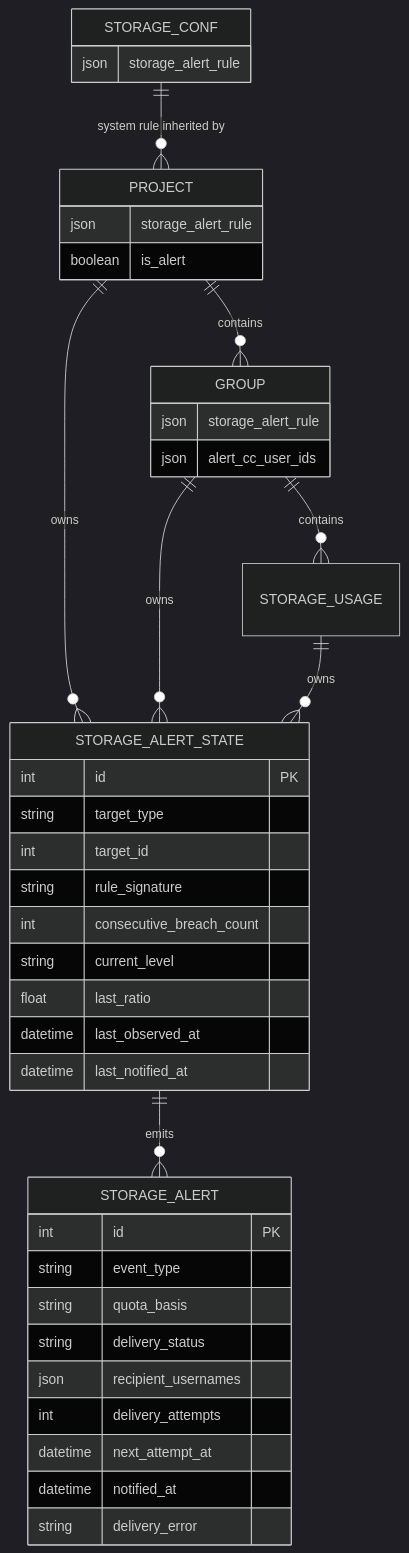
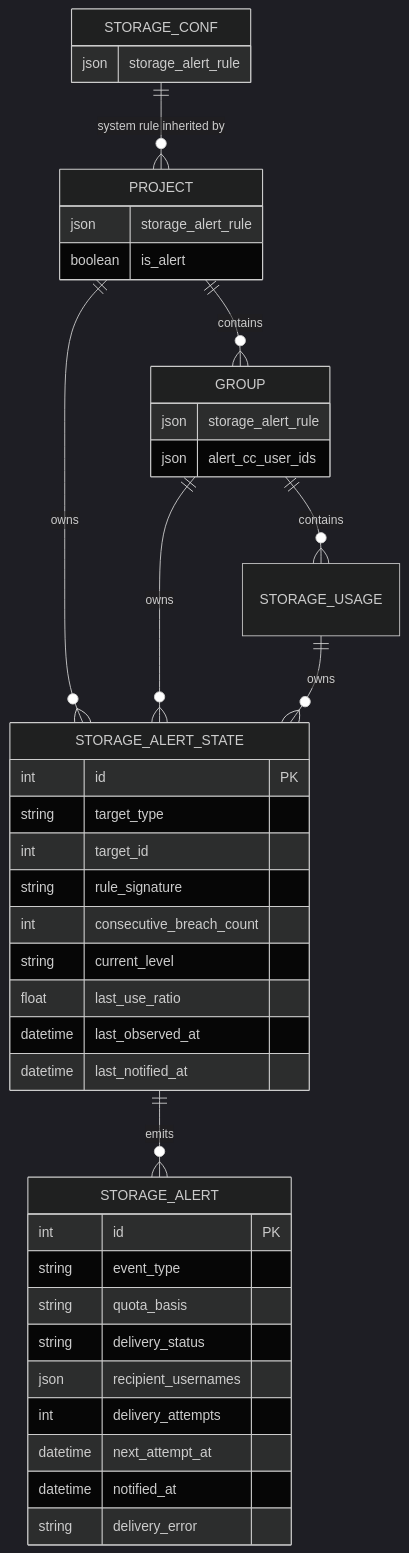
The third of 3 diagrams in docs/features/storage-alerts/design.md (Dapeng960208/DiskPulse), drawn with Mermaid (dark theme) before and after one commit. The commit also changed other lines of this file and 32 other files, not shown here.

````diff
--- a/docs/features/storage-alerts/design.md
+++ b/docs/features/storage-alerts/design.md
@@ -222,44 +222,44 @@
 ```mermaid
 erDiagram
     STORAGE_CONF ||--o{ PROJECT : "system rule inherited by"
     PROJECT ||--o{ GROUP : contains
     GROUP ||--o{ STORAGE_USAGE : contains
     PROJECT ||--o{ STORAGE_ALERT_STATE : owns
     GROUP ||--o{ STORAGE_ALERT_STATE : owns
     STORAGE_USAGE ||--o{ STORAGE_ALERT_STATE : owns
     STORAGE_ALERT_STATE ||--o{ STORAGE_ALERT : emits
 
     STORAGE_CONF {
       json storage_alert_rule
     }
     PROJECT {
       json storage_alert_rule
       boolean is_alert
     }
     GROUP {
       json storage_alert_rule
       json alert_cc_user_ids
     }
     STORAGE_ALERT_STATE {
       int id PK
       string target_type
       int target_id
       string rule_signature
       int consecutive_breach_count
       string current_level
-      float last_ratio
+      float last_use_ratio
       datetime last_observed_at
       datetime last_notified_at
     }
     STORAGE_ALERT {
       int id PK
       string event_type
       string quota_basis
       string delivery_status
       json recipient_usernames
       int delivery_attempts
       datetime next_attempt_at
       datetime notified_at
       string delivery_error
     }
 ```
````
